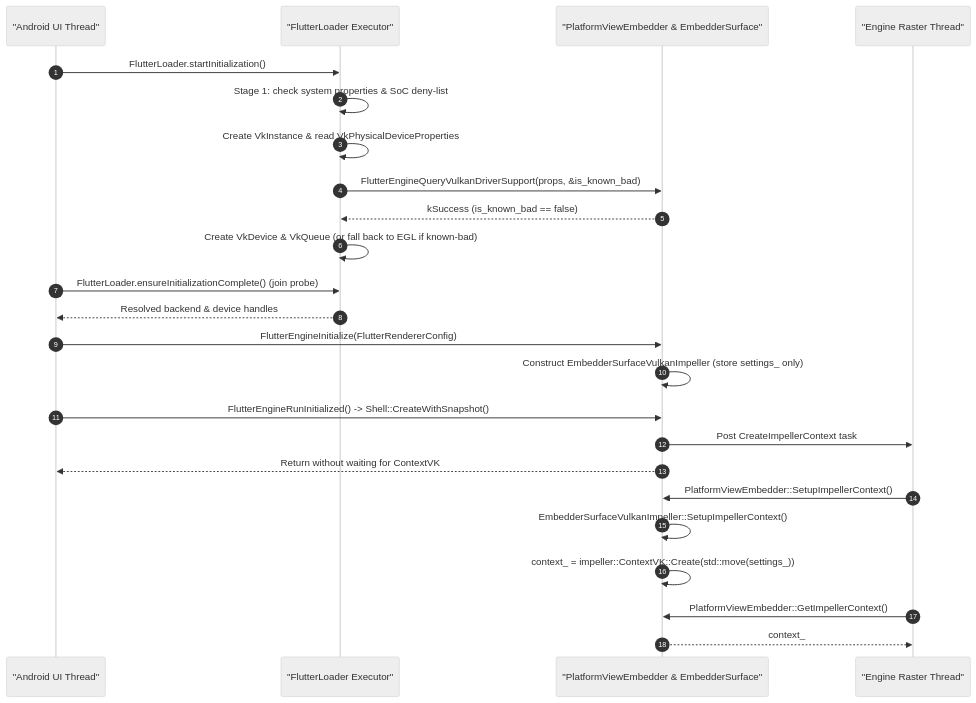
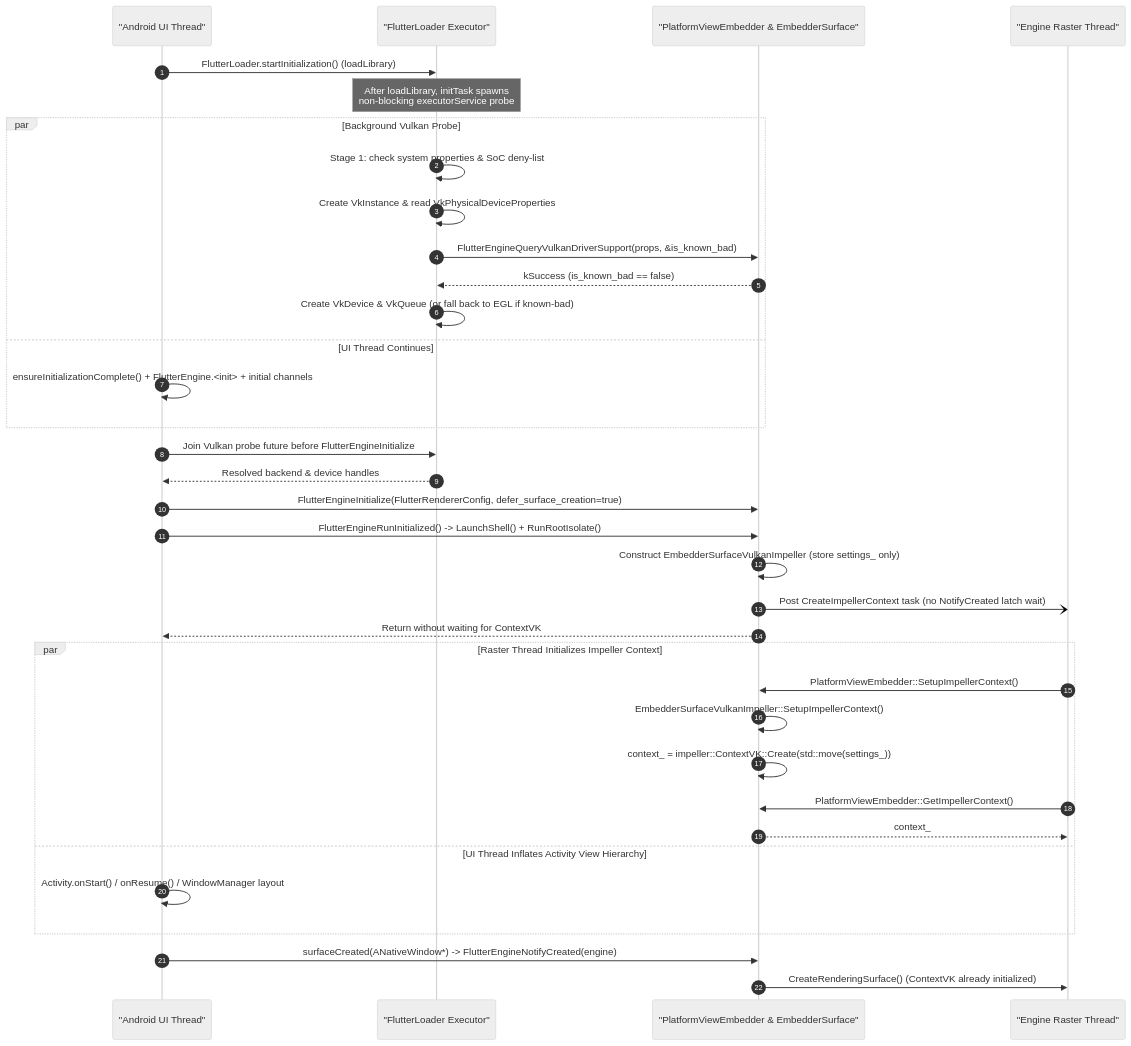
The third of 11 diagrams in rfc/410.0000-flutter-android-embedder-c-api-migration.md (flutter/rfc), drawn with Mermaid (neutral theme) before and after one commit. The commit also changed other lines of this file, not shown here.

Commit message:
deferred surface creation and alternative

````diff
--- a/rfc/410.0000-flutter-android-embedder-c-api-migration.md
+++ b/rfc/410.0000-flutter-android-embedder-c-api-migration.md
@@ -336,26 +436,38 @@
 ```mermaid
 sequenceDiagram
     autonumber
     participant UI as "Android UI Thread"
     participant Bg as "FlutterLoader Executor"
     participant Emb as "PlatformViewEmbedder & EmbedderSurface"
     participant Raster as "Engine Raster Thread"
-    UI->>Bg: FlutterLoader.startInitialization()
-    Bg->>Bg: Stage 1: check system properties & SoC deny-list
-    Bg->>Bg: Create VkInstance & read VkPhysicalDeviceProperties
-    Bg->>Emb: FlutterEngineQueryVulkanDriverSupport(props, &is_known_bad)
-    Emb-->>Bg: kSuccess (is_known_bad == false)
-    Bg->>Bg: Create VkDevice & VkQueue (or fall back to EGL if known-bad)
-    UI->>Bg: FlutterLoader.ensureInitializationComplete() (join probe)
+
+    UI->>Bg: FlutterLoader.startInitialization() (loadLibrary)
+    Note over Bg: After loadLibrary, initTask spawns<br/>non-blocking executorService probe
+    par Background Vulkan Probe
+        Bg->>Bg: Stage 1: check system properties & SoC deny-list
+        Bg->>Bg: Create VkInstance & read VkPhysicalDeviceProperties
+        Bg->>Emb: FlutterEngineQueryVulkanDriverSupport(props, &is_known_bad)
+        Emb-->>Bg: kSuccess (is_known_bad == false)
+        Bg->>Bg: Create VkDevice & VkQueue (or fall back to EGL if known-bad)
+    and UI Thread Continues
+        UI->>UI: ensureInitializationComplete() + FlutterEngine.<init> + initial channels
+    end
+    UI->>Bg: Join Vulkan probe future before FlutterEngineInitialize
     Bg-->>UI: Resolved backend & device handles
-    UI->>Emb: FlutterEngineInitialize(FlutterRendererConfig)
+    UI->>Emb: FlutterEngineInitialize(FlutterRendererConfig, defer_surface_creation=true)
+    UI->>Emb: FlutterEngineRunInitialized() -> LaunchShell() + RunRootIsolate()
     Emb->>Emb: Construct EmbedderSurfaceVulkanImpeller (store settings_ only)
-    UI->>Emb: FlutterEngineRunInitialized() -> Shell::CreateWithSnapshot()
-    Emb->>Raster: Post CreateImpellerContext task
+    Emb-)Raster: Post CreateImpellerContext task (no NotifyCreated latch wait)
     Emb-->>UI: Return without waiting for ContextVK
-    Raster->>Emb: PlatformViewEmbedder::SetupImpellerContext()
-    Emb->>Emb: EmbedderSurfaceVulkanImpeller::SetupImpellerContext()
-    Emb->>Emb: context_ = impeller::ContextVK::Create(std::move(settings_))
-    Raster->>Emb: PlatformViewEmbedder::GetImpellerContext()
-    Emb-->>Raster: context_
+    par Raster Thread Initializes Impeller Context
+        Raster->>Emb: PlatformViewEmbedder::SetupImpellerContext()
+        Emb->>Emb: EmbedderSurfaceVulkanImpeller::SetupImpellerContext()
+        Emb->>Emb: context_ = impeller::ContextVK::Create(std::move(settings_))
+        Raster->>Emb: PlatformViewEmbedder::GetImpellerContext()
+        Emb-->>Raster: context_
+    and UI Thread Inflates Activity View Hierarchy
+        UI->>UI: Activity.onStart() / onResume() / WindowManager layout
+    end
+    UI->>Emb: surfaceCreated(ANativeWindow*) -> FlutterEngineNotifyCreated(engine)
+    Emb->>Raster: CreateRenderingSurface() (ContextVK already initialized)
 ```
````
